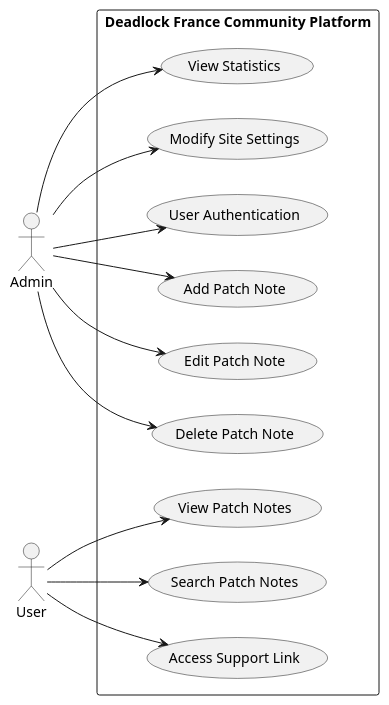
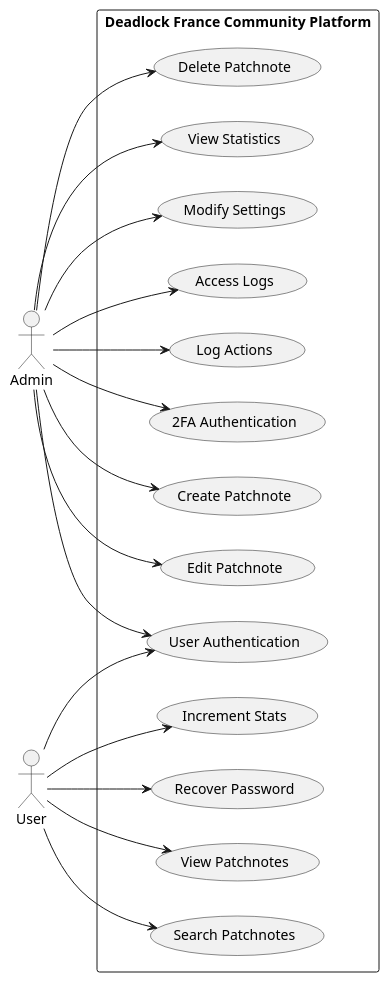
The diagram in docs/concept/use case.puml (Neyticom/Deadlock-France-webapp-front), drawn with PlantUML before and after one commit. The commit also changed other lines of this file and 2 other files, not shown here.

```diff
--- a/docs/concept/use case.puml
+++ b/docs/concept/use case.puml
@@ -1,32 +1,28 @@
 @startuml
 
 left to right direction
 
 actor Admin
 actor User
 
 rectangle "Deadlock France Community Platform" {
-    
-    (Add Patch Note) as add_patch_note
-    (Edit Patch Note) as edit_patch_note
-    (Delete Patch Note) as delete_patch_note
-    (View Patch Notes) as view_patch_notes
-    (Search Patch Notes) as search_patch_notes
-    (View Statistics) as view_statistics
-    (Modify Site Settings) as modify_site_settings
-    (Access Support Link) as access_support_link
-    (User Authentication) as user_auth
 
-    Admin --> user_auth
-    Admin --> add_patch_note
-    Admin --> edit_patch_note
-    Admin --> delete_patch_note
-    Admin --> view_statistics
-    Admin --> modify_site_settings
-    
-    User --> view_patch_notes
-    User --> search_patch_notes
-    User --> access_support_link
+    Admin --> (User Authentication)
+    Admin --> (2FA Authentication)
+    Admin --> (Create Patchnote)
+    Admin --> (Edit Patchnote)
+    Admin --> (Delete Patchnote)
+    Admin --> (View Statistics)
+    Admin --> (Modify Settings)
+    Admin --> (Access Logs)
+    Admin --> (Log Actions)
+
+    User --> (User Authentication)
+    User --> (Recover Password)
+    User --> (View Patchnotes)
+    User --> (Search Patchnotes)
+    User --> (Increment Stats)
+
 }
 
 @enduml
```
